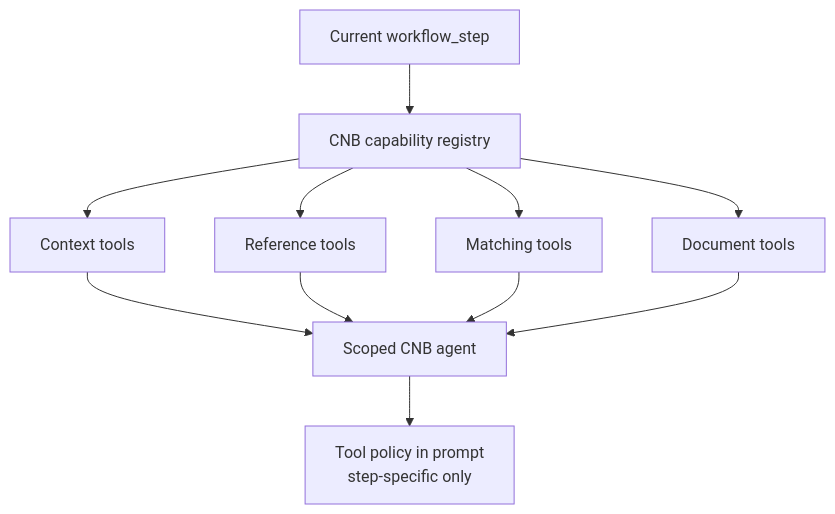
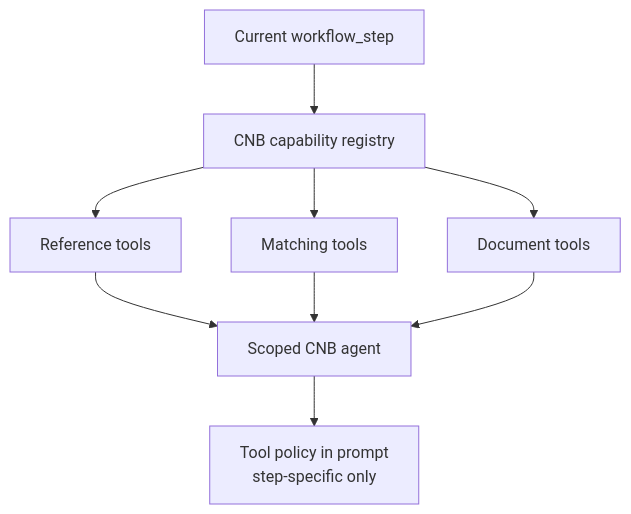
One commit to Open-Earth-Foundation/CityCatalyst changed diagram 12 of 13 in docs/ConceptNoteBuilderArchitecture.md. Above: the diagram before and after it, drawn with Mermaid. The commit also changed other lines of this file, not shown here.

Commit message:
docs: make CC context part of bundle build

````diff
--- a/docs/ConceptNoteBuilderArchitecture.md
+++ b/docs/ConceptNoteBuilderArchitecture.md
@@ -1327,15 +1324,13 @@
 ```mermaid
 flowchart TB
     Step["Current workflow_step"] --> Registry["CNB capability registry"]
-    Registry --> ContextTools["Context tools"]
     Registry --> ReferenceTools["Reference tools"]
     Registry --> MatchingTools["Matching tools"]
     Registry --> DocTools["Document tools"]
 
-    ContextTools --> Agent["Scoped CNB agent"]
-    ReferenceTools --> Agent
+    ReferenceTools --> Agent["Scoped CNB agent"]
     MatchingTools --> Agent
     DocTools --> Agent
 
     Agent --> Rules["Tool policy in prompt<br/>step-specific only"]
 ```
````
